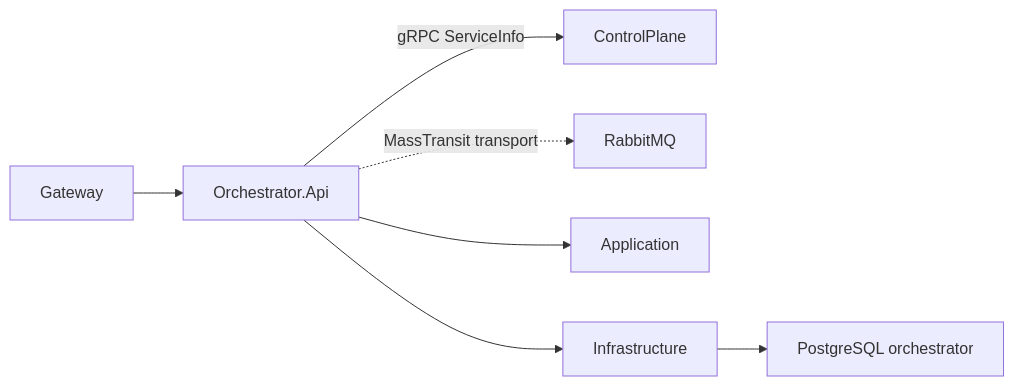
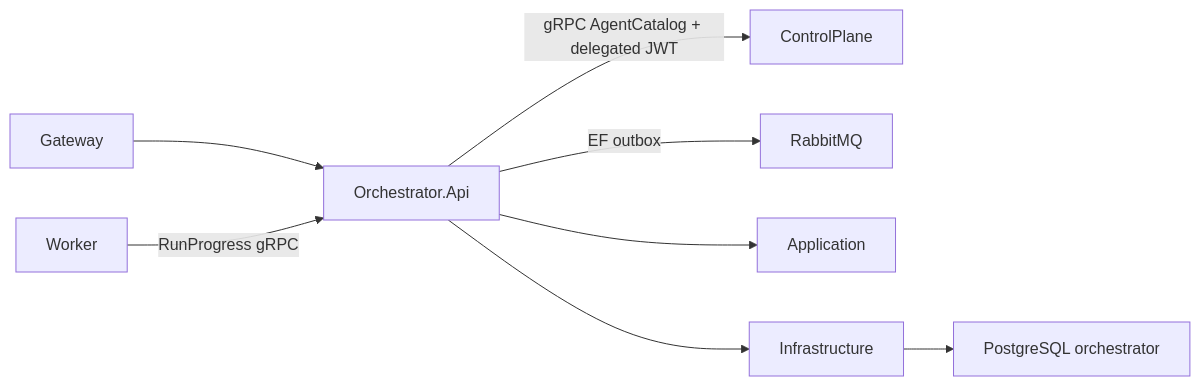
Before and after one commit to SqeeZarion/AiControlCenter: the diagram in src/Services/Orchestrator/README.md, drawn with Mermaid. The commit also changed other lines of this file and 133 other files, not shown here.

````diff
--- a/src/Services/Orchestrator/README.md
+++ b/src/Services/Orchestrator/README.md
@@ -5,9 +5,10 @@
 ```mermaid
 flowchart LR
     Gateway --> Api["Orchestrator.Api"]
-    Api -->|"gRPC ServiceInfo"| ControlPlane
-    Api -.->|"MassTransit transport"| RabbitMQ
+    Api -->|"gRPC AgentCatalog + delegated JWT"| ControlPlane
+    Api -->|"EF outbox"| RabbitMQ
+    Worker -->|"RunProgress gRPC"| Api
     Api --> Application
     Api --> Infrastructure
     Infrastructure --> Db["PostgreSQL orchestrator"]
 ```
````
